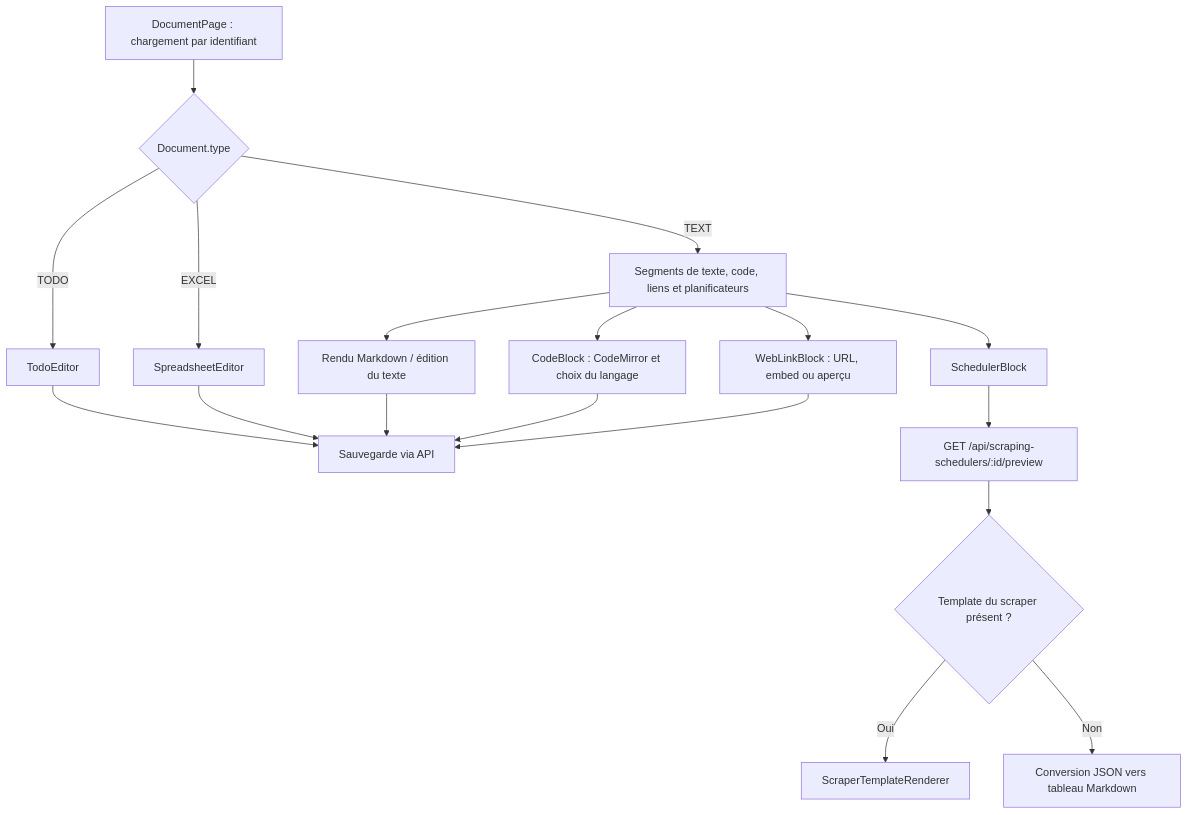
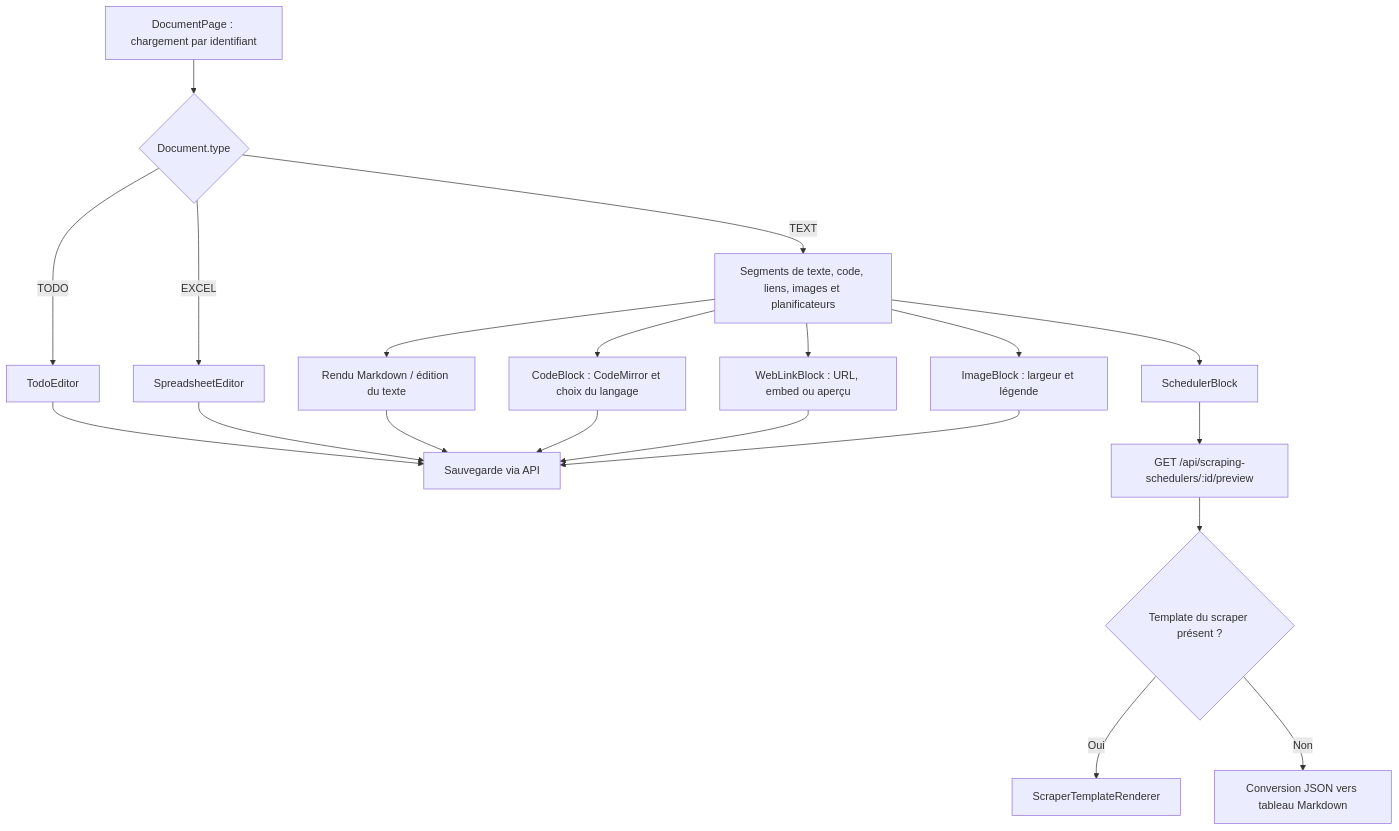
The first of 2 diagrams in docs/schemas/app/documents.md (Tritounet1/tritou-notes), drawn with Mermaid before and after one commit. The commit also changed other lines of this file and 37 other files, not shown here.

Commit message:
feat: add local images to text documents

````diff
--- a/docs/schemas/app/documents.md
+++ b/docs/schemas/app/documents.md
@@ -5,20 +5,22 @@
 ```mermaid
 flowchart TD
     Page["DocumentPage : chargement par identifiant"] --> Type{"Document.type"}
-    Type -->|TEXT| Segments["Segments de texte, code, liens et planificateurs"]
+    Type -->|TEXT| Segments["Segments de texte, code, liens, images et planificateurs"]
     Type -->|EXCEL| Sheet["SpreadsheetEditor"]
     Type -->|TODO| Todo["TodoEditor"]
     Segments --> Markdown["Rendu Markdown / édition du texte"]
+    Segments --> Images["ImageBlock : largeur et légende"]
+    Images --> Save
     Segments --> Links["WebLinkBlock : URL, embed ou aperçu"]
     Links --> Save
     Segments --> Code["CodeBlock : CodeMirror et choix du langage"]
     Code --> Save
     Segments --> Scheduler["SchedulerBlock"]
     Scheduler --> Preview["GET /api/scraping-schedulers/:id/preview"]
     Preview --> Template{"Template du scraper présent ?"}
     Template -->|Oui| Render["ScraperTemplateRenderer"]
     Template -->|Non| Table["Conversion JSON vers tableau Markdown"]
     Markdown --> Save["Sauvegarde via API"]
     Sheet --> Save
     Todo --> Save
 ```
````
